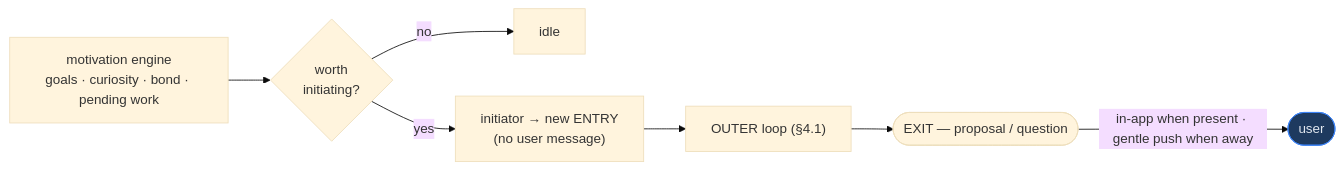
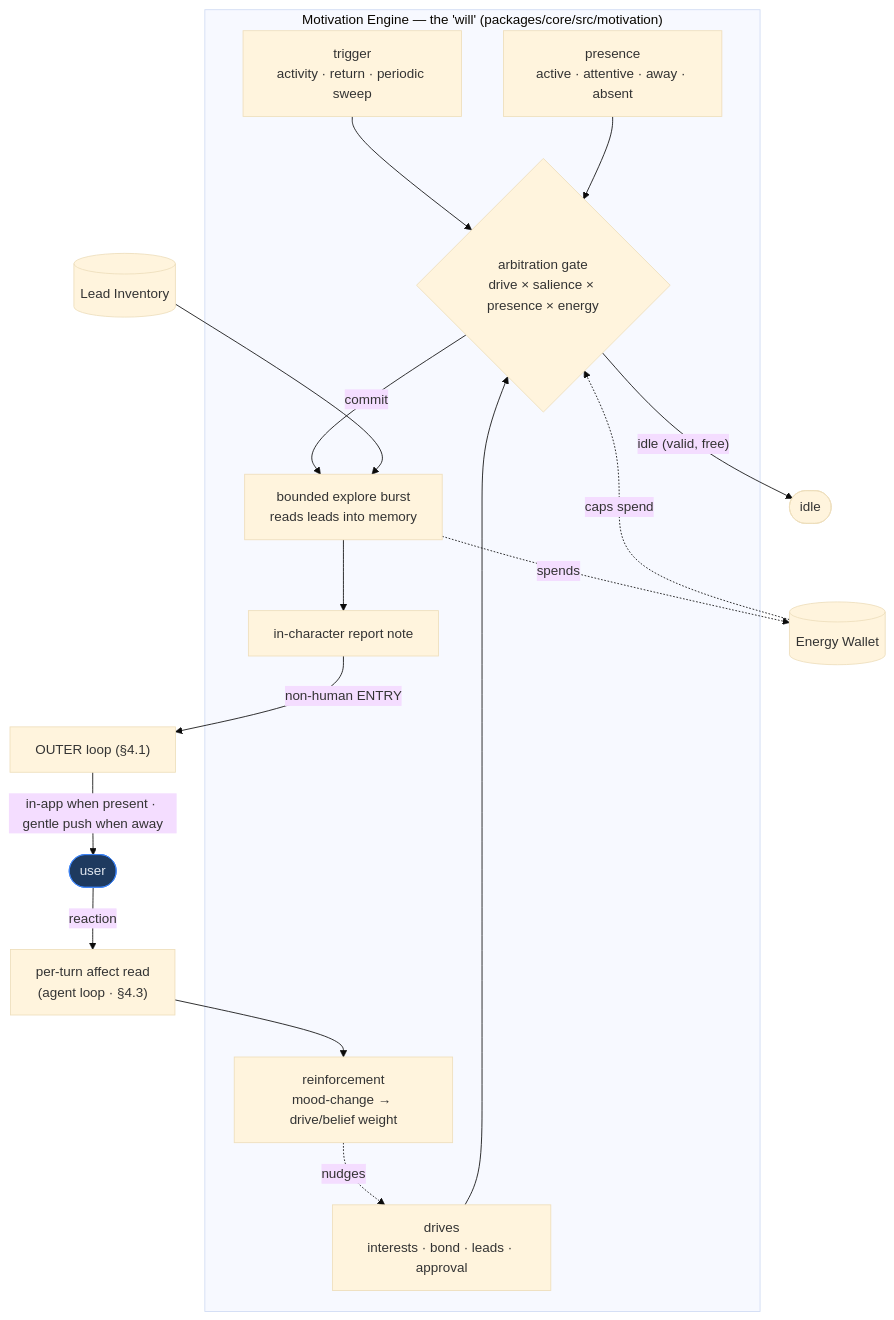
The eighth of 12 diagrams in docs/architecture.md (CobbleStamp/CobbleCompanion), drawn with Mermaid (base theme) before and after one commit. The commit also changed other lines of this file and 1 other file, not shown here.

````diff
--- a/docs/architecture.md
+++ b/docs/architecture.md
@@ -375,12 +467,35 @@
 ```mermaid
-flowchart LR
-    MOT["motivation engine<br/>goals · curiosity · bond · pending work"] --> TRIG{"worth<br/>initiating?"}
-    TRIG -->|no| IDLE["idle"]
-    TRIG -->|yes| INIT["initiator → new ENTRY<br/>(no user message)"]
-    INIT --> LOOP["OUTER loop (§4.1)"]
-    LOOP --> OUT(["EXIT — proposal / question"])
-    OUT -->|"in-app when present · gentle push when away"| USER(["user"])
+flowchart TB
+  subgraph WILL["Motivation Engine — the 'will' (packages/core/src/motivation)"]
+    TRIG["trigger<br/>activity · return · periodic sweep"]
+    PRES["presence<br/>active · attentive · away · absent"]
+    DRIVES["drives<br/>interests · bond · leads · approval"]
+    GATE{"arbitration gate<br/>drive × salience × presence × energy"}
+    BURST["bounded explore burst<br/>reads leads into memory"]
+    NOTE["in-character report note"]
+    RL["reinforcement<br/>mood-change → drive/belief weight"]
+  end
+  LEAD[("Lead Inventory")]
+  ENERGY[("Energy Wallet")]
+  AFFECT["per-turn affect read<br/>(agent loop · §4.3)"]
+  LOOP["OUTER loop (§4.1)"]
+  USER([user])
 
-    classDef human fill:#1e3a5f,stroke:#3b82f6,color:#e2e8f0;
-    class USER human;
+  TRIG --> GATE
+  PRES --> GATE
+  DRIVES --> GATE
+  ENERGY -.->|caps spend| GATE
+  GATE -->|"idle (valid, free)"| IDLE([idle])
+  GATE -->|commit| BURST
+  LEAD --> BURST
+  BURST -.->|spends| ENERGY
+  BURST --> NOTE
+  NOTE -->|non-human ENTRY| LOOP
+  LOOP -->|"in-app when present · gentle push when away"| USER
+  USER -->|reaction| AFFECT
+  AFFECT --> RL
+  RL -.->|nudges| DRIVES
+
+  classDef human fill:#1e3a5f,stroke:#3b82f6,color:#e2e8f0;
+  class USER human;
 ```
````
